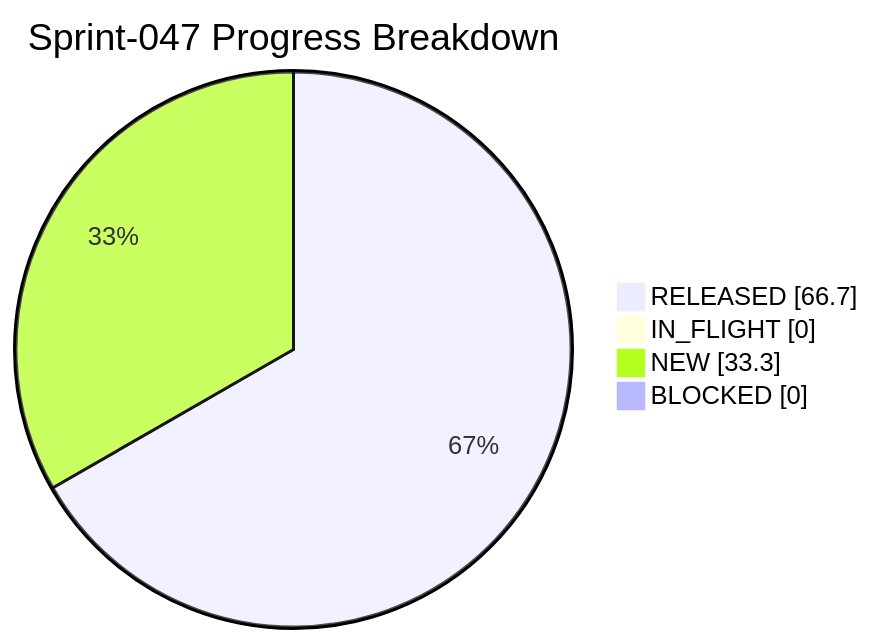
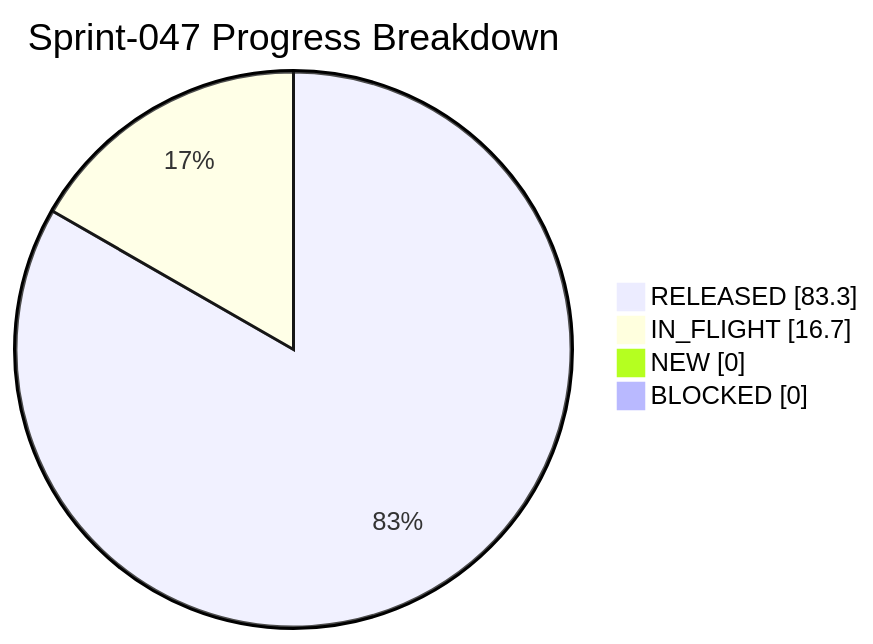
Before and after one commit to famatyyk/CTOAi: the diagram in docs/history/sprints/SPRINT-047-PROGRESS.md, drawn with Mermaid. The commit also changed other lines of this file and 4 other files, not shown here.

````diff
--- a/docs/history/sprints/SPRINT-047-PROGRESS.md
+++ b/docs/history/sprints/SPRINT-047-PROGRESS.md
@@ -8,8 +8,8 @@
 ```mermaid
 pie showData
     title Sprint-047 Progress Breakdown
-    "RELEASED" : 66.7
-    "IN_FLIGHT" : 0.0
-    "NEW" : 33.3
+    "RELEASED" : 83.3
+    "IN_FLIGHT" : 16.7
+    "NEW" : 0.0
     "BLOCKED" : 0.0
 ```
````
